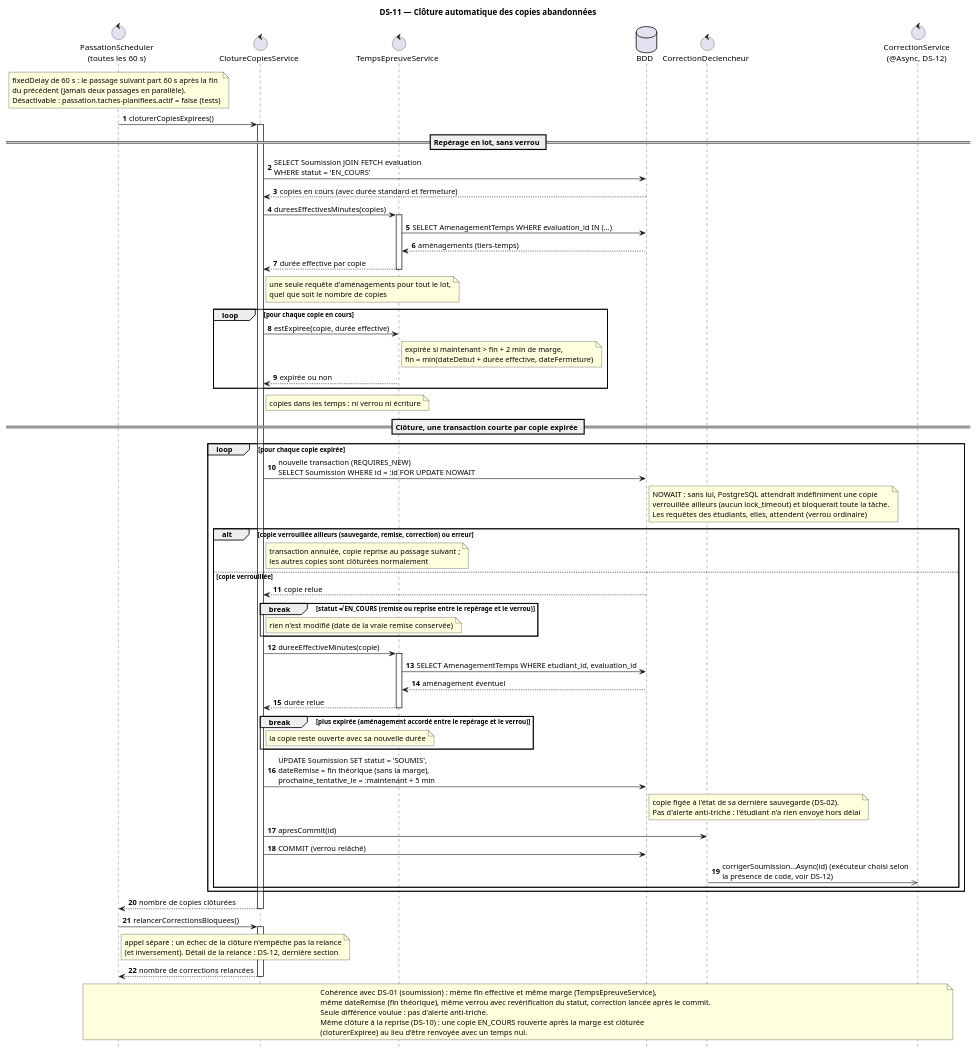
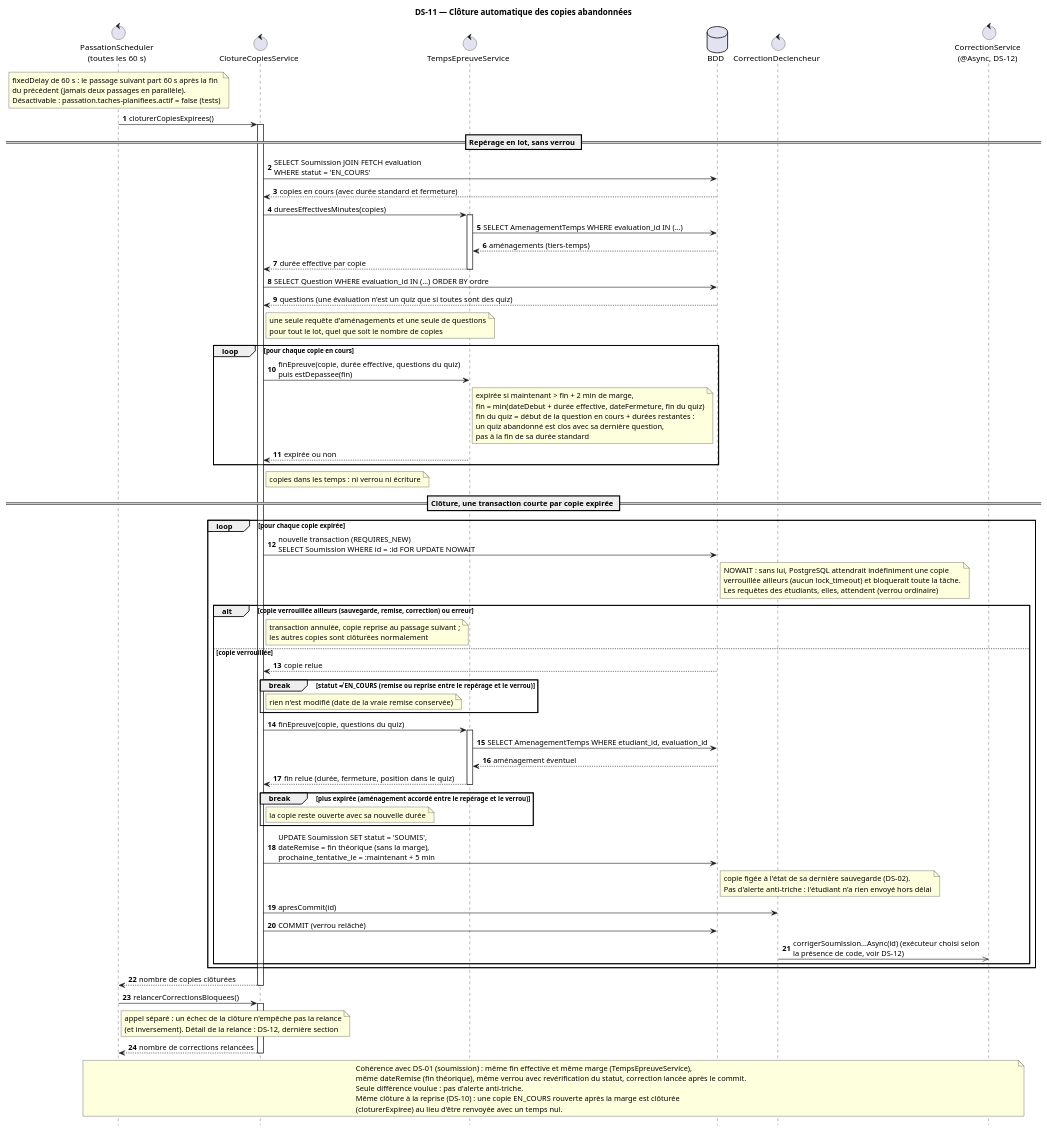
Before and after one commit to MorLeye75/eval-platform: the diagram in docs/diagrammes-sequence/DS-11-cloture-automatique.puml, drawn with PlantUML. The commit also changed 9 other files, not shown here.

First line of the commit message:
fix(quiz): un quiz abandonne est cloture a la fin de sa derniere question

```diff
--- a/docs/diagrammes-sequence/DS-11-cloture-automatique.puml
+++ b/docs/diagrammes-sequence/DS-11-cloture-automatique.puml
@@ -1,69 +1,71 @@
 @startuml DS-11_cloture_automatique
 title DS-11 — Clôture automatique des copies abandonnées
 hide footbox
 autonumber
 control "PassationScheduler\n(toutes les 60 s)" as PS
 control "ClotureCopiesService" as CC
 control "TempsEpreuveService" as T
 database "BDD" as D
 control "CorrectionDeclencheur" as CD
 control "CorrectionService\n(@Async, DS-12)" as CS
 
 note over PS : fixedDelay de 60 s : le passage suivant part 60 s après la fin\ndu précédent (jamais deux passages en parallèle).\nDésactivable : passation.taches-planifiees.actif = false (tests)
 
 PS -> CC ++ : cloturerCopiesExpirees()
 
 == Repérage en lot, sans verrou ==
 CC -> D : SELECT Soumission JOIN FETCH evaluation\nWHERE statut = 'EN_COURS'
 D --> CC : copies en cours (avec durée standard et fermeture)
 CC -> T ++ : dureesEffectivesMinutes(copies)
 T -> D : SELECT AmenagementTemps WHERE evaluation_id IN (…)
 D --> T : aménagements (tiers-temps)
 T --> CC -- : durée effective par copie
-note right of CC : une seule requête d'aménagements pour tout le lot,\nquel que soit le nombre de copies
+CC -> D : SELECT Question WHERE evaluation_id IN (…) ORDER BY ordre
+D --> CC : questions (une évaluation n'est un quiz que si toutes sont des quiz)
+note right of CC : une seule requête d'aménagements et une seule de questions\npour tout le lot, quel que soit le nombre de copies
 loop pour chaque copie en cours
-  CC -> T : estExpiree(copie, durée effective)
-  note right of T : expirée si maintenant > fin + 2 min de marge,\nfin = min(dateDebut + durée effective, dateFermeture)
+  CC -> T : finEpreuve(copie, durée effective, questions du quiz)\npuis estDepassee(fin)
+  note right of T : expirée si maintenant > fin + 2 min de marge,\nfin = min(dateDebut + durée effective, dateFermeture, fin du quiz)\nfin du quiz = début de la question en cours + durées restantes :\nun quiz abandonné est clos avec sa dernière question,\npas à la fin de sa durée standard
   T --> CC : expirée ou non
 end
 note right of CC : copies dans les temps : ni verrou ni écriture
 
 == Clôture, une transaction courte par copie expirée ==
 loop pour chaque copie expirée
   CC -> D : nouvelle transaction (REQUIRES_NEW)\nSELECT Soumission WHERE id = :id FOR UPDATE NOWAIT
   note right of D : NOWAIT : sans lui, PostgreSQL attendrait indéfiniment une copie\nverrouillée ailleurs (aucun lock_timeout) et bloquerait toute la tâche.\nLes requêtes des étudiants, elles, attendent (verrou ordinaire)
   alt copie verrouillée ailleurs (sauvegarde, remise, correction) ou erreur
     note right of CC : transaction annulée, copie reprise au passage suivant ;\nles autres copies sont clôturées normalement
   else copie verrouillée
     D --> CC : copie relue
     break statut ≠ EN_COURS (remise ou reprise entre le repérage et le verrou)
       note right of CC : rien n'est modifié (date de la vraie remise conservée)
     end
-    CC -> T ++ : dureeEffectiveMinutes(copie)
+    CC -> T ++ : finEpreuve(copie, questions du quiz)
     T -> D : SELECT AmenagementTemps WHERE etudiant_id, evaluation_id
     D --> T : aménagement éventuel
-    T --> CC -- : durée relue
+    T --> CC -- : fin relue (durée, fermeture, position dans le quiz)
     break plus expirée (aménagement accordé entre le repérage et le verrou)
       note right of CC : la copie reste ouverte avec sa nouvelle durée
     end
     CC -> D : UPDATE Soumission SET statut = 'SOUMIS',\ndateRemise = fin théorique (sans la marge),\nprochaine_tentative_le = :maintenant + 5 min
     note right of D : copie figée à l'état de sa dernière sauvegarde (DS-02).\nPas d'alerte anti-triche : l'étudiant n'a rien envoyé hors délai
     CC -> CD : apresCommit(id)
     CC -> D : COMMIT (verrou relâché)
     CD ->> CS : corrigerSoumission…Async(id) (exécuteur choisi selon\nla présence de code, voir DS-12)
   end
 end
 CC --> PS -- : nombre de copies clôturées
 
 PS -> CC ++ : relancerCorrectionsBloquees()
 note right of PS : appel séparé : un échec de la clôture n'empêche pas la relance\n(et inversement). Détail de la relance : DS-12, dernière section
 CC --> PS -- : nombre de corrections relancées
 
 note over PS, CS
   Cohérence avec DS-01 (soumission) : même fin effective et même marge (TempsEpreuveService),
   même dateRemise (fin théorique), même verrou avec revérification du statut, correction lancée après le commit.
   Seule différence voulue : pas d'alerte anti-triche.
   Même clôture à la reprise (DS-10) : une copie EN_COURS rouverte après la marge est clôturée
   (cloturerExpiree) au lieu d'être renvoyée avec un temps nul.
 end note
 @enduml
```
